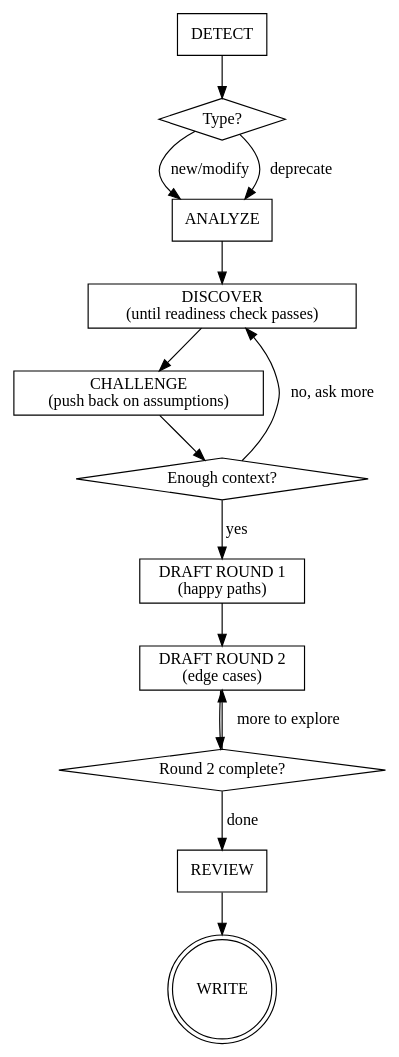
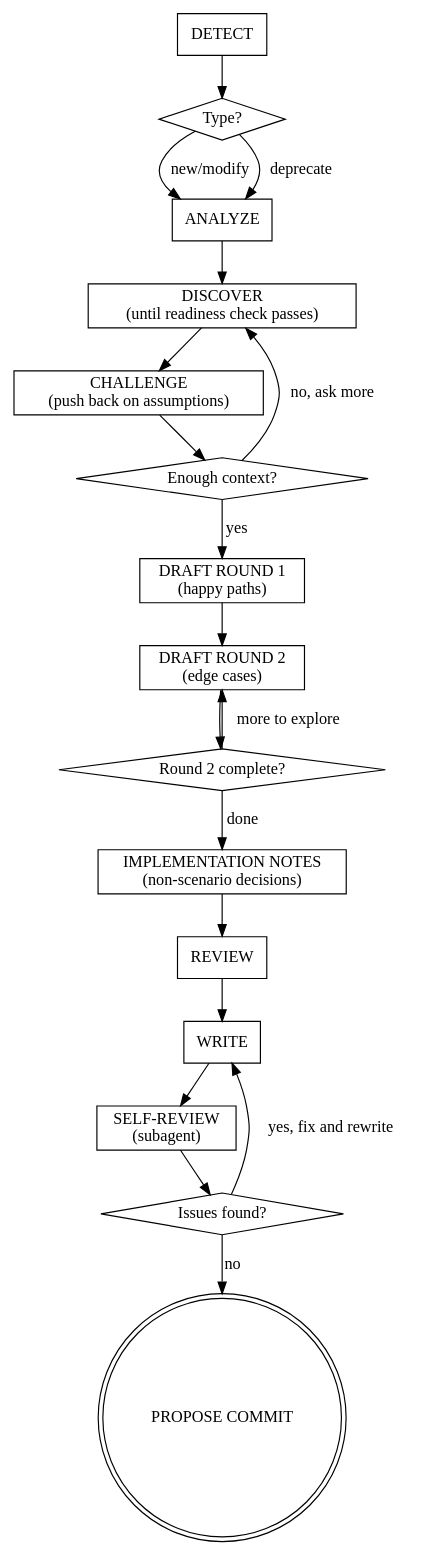
The diagram in .claude/skills/writing-bdd-scenarios/SKILL.md (FilipPyrek/bdd-agentic-coding), drawn with Graphviz before and after one commit. The commit also changed other lines of this file, not shown here.

First line of the commit message:
feat(skill): add self-review subagent step to writing-bdd-scenarios

````diff
--- a/.claude/skills/writing-bdd-scenarios/SKILL.md
+++ b/.claude/skills/writing-bdd-scenarios/SKILL.md
@@ -136,29 +141,38 @@
 ```dot
 digraph bdd_flow {
     "DETECT" [shape=box];
     "Type?" [shape=diamond];
     "ANALYZE" [shape=box];
     "DISCOVER\n(until readiness check passes)" [shape=box];
     "CHALLENGE\n(push back on assumptions)" [shape=box];
     "Enough context?" [shape=diamond];
     "DRAFT ROUND 1\n(happy paths)" [shape=box];
     "DRAFT ROUND 2\n(edge cases)" [shape=box];
     "Round 2 complete?" [shape=diamond];
+    "IMPLEMENTATION NOTES\n(non-scenario decisions)" [shape=box];
     "REVIEW" [shape=box];
-    "WRITE" [shape=doublecircle];
+    "WRITE" [shape=box];
+    "SELF-REVIEW\n(subagent)" [shape=box];
+    "Issues found?" [shape=diamond];
+    "PROPOSE COMMIT" [shape=doublecircle];
 
     "DETECT" -> "Type?";
     "Type?" -> "ANALYZE" [label="new/modify"];
     "Type?" -> "ANALYZE" [label="deprecate"];
     "ANALYZE" -> "DISCOVER\n(until readiness check passes)";
     "DISCOVER\n(until readiness check passes)" -> "CHALLENGE\n(push back on assumptions)";
     "CHALLENGE\n(push back on assumptions)" -> "Enough context?" ;
     "Enough context?" -> "DISCOVER\n(until readiness check passes)" [label="no, ask more"];
     "Enough context?" -> "DRAFT ROUND 1\n(happy paths)" [label="yes"];
     "DRAFT ROUND 1\n(happy paths)" -> "DRAFT ROUND 2\n(edge cases)";
     "DRAFT ROUND 2\n(edge cases)" -> "Round 2 complete?";
     "Round 2 complete?" -> "DRAFT ROUND 2\n(edge cases)" [label="more to explore"];
-    "Round 2 complete?" -> "REVIEW" [label="done"];
+    "Round 2 complete?" -> "IMPLEMENTATION NOTES\n(non-scenario decisions)" [label="done"];
+    "IMPLEMENTATION NOTES\n(non-scenario decisions)" -> "REVIEW";
     "REVIEW" -> "WRITE";
+    "WRITE" -> "SELF-REVIEW\n(subagent)";
+    "SELF-REVIEW\n(subagent)" -> "Issues found?";
+    "Issues found?" -> "WRITE" [label="yes, fix and rewrite"];
+    "Issues found?" -> "PROPOSE COMMIT" [label="no"];
 }
 ```
````
